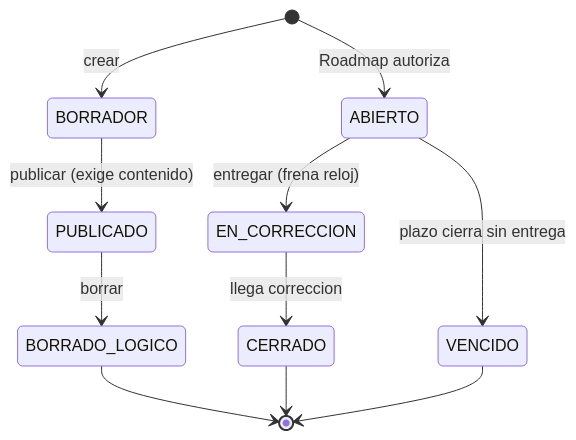
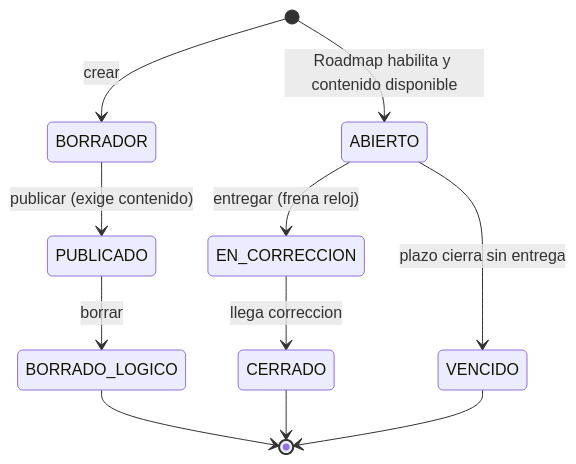
The diagram in docs/diagramas/estados.mmd (pgprimitz/TPI-MotoDeDesafios), drawn with Mermaid before and after one commit. The commit also changed 11 other files, not shown here.

Commit message:
Update roadmap and challenge integration documentation

```diff
--- a/docs/diagramas/estados.mmd
+++ b/docs/diagramas/estados.mmd
@@ -1,11 +1,11 @@
 stateDiagram-v2
     [*] --> BORRADOR : crear
     BORRADOR --> PUBLICADO : publicar (exige contenido)
     PUBLICADO --> BORRADO_LOGICO : borrar
     BORRADO_LOGICO --> [*]
-    [*] --> ABIERTO : Roadmap autoriza
+    [*] --> ABIERTO : Roadmap habilita y contenido disponible
     ABIERTO --> EN_CORRECCION : entregar (frena reloj)
     EN_CORRECCION --> CERRADO : llega correccion
     ABIERTO --> VENCIDO : plazo cierra sin entrega
     CERRADO --> [*]
     VENCIDO --> [*]
```
